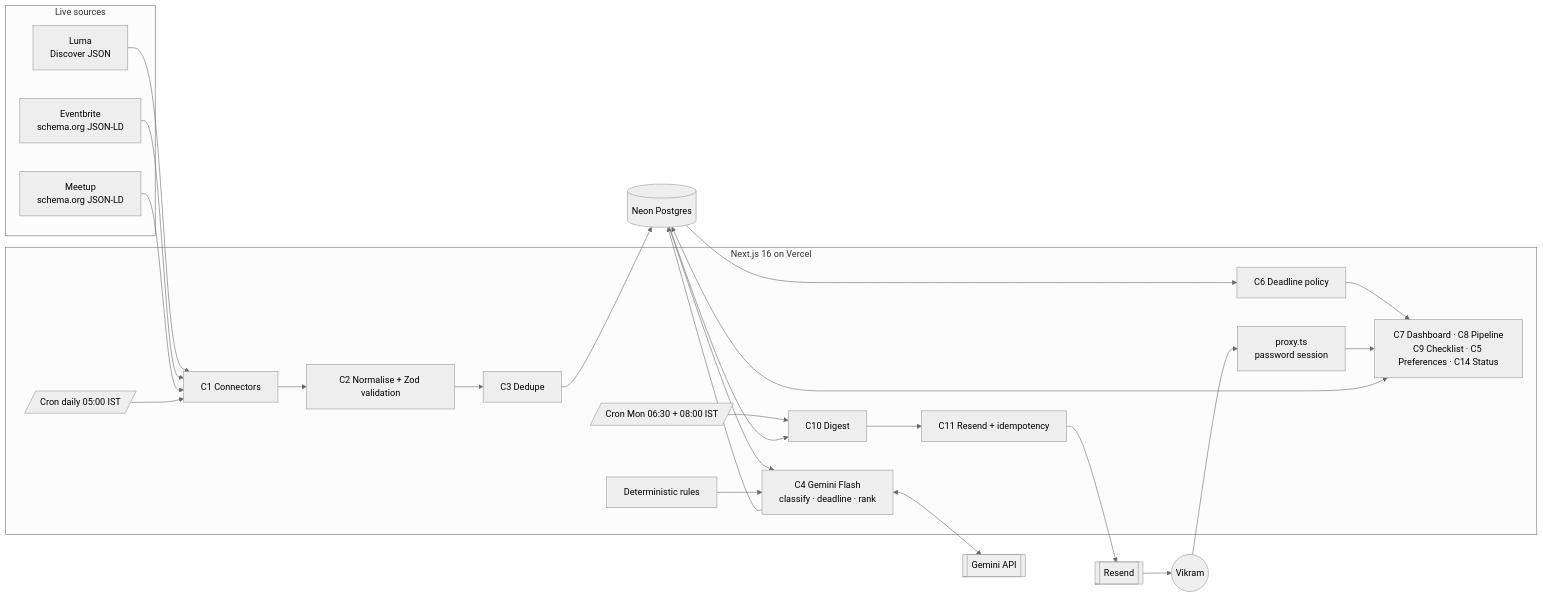
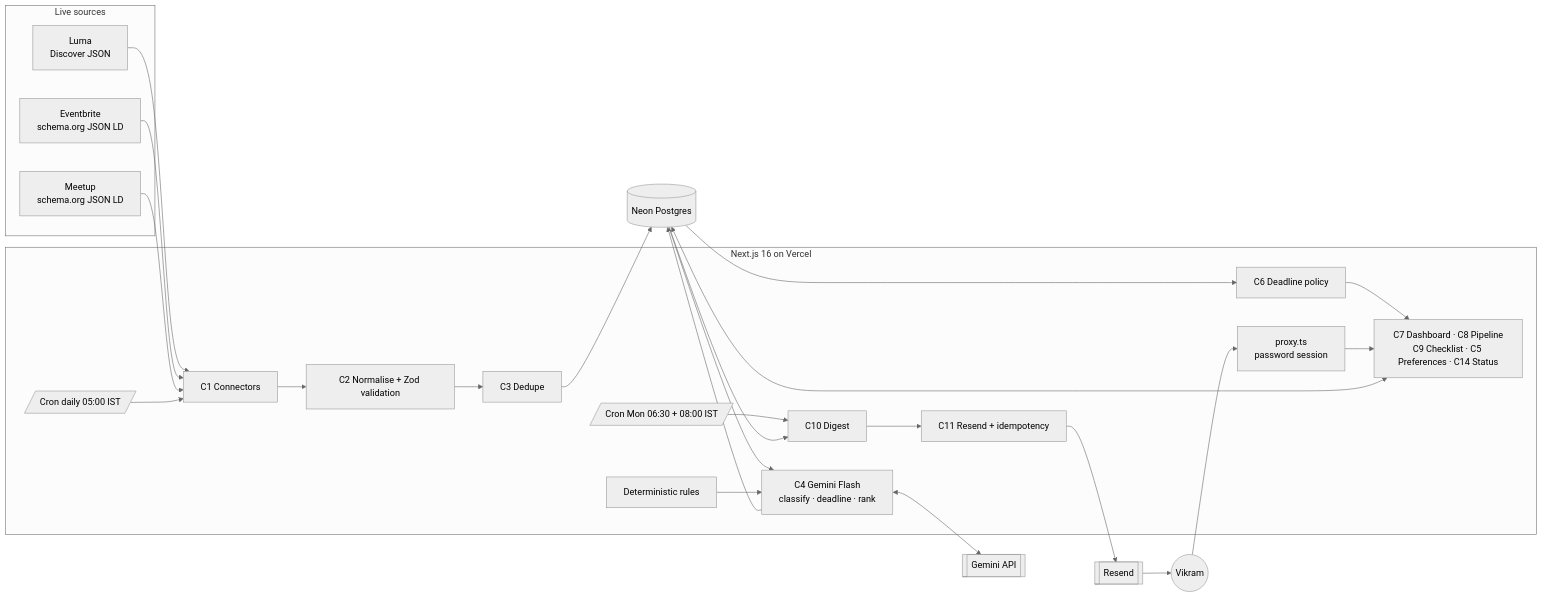
The diagram in docs/COMPONENTS_MAP.md (vyombhatnagar-lgtm/event-scout), drawn with Mermaid (neutral theme) before and after one commit. The commit also changed other lines of this file and 67 other files, not shown here.

````diff
--- a/docs/COMPONENTS_MAP.md
+++ b/docs/COMPONENTS_MAP.md
@@ -64,38 +64,38 @@
 ```mermaid
 flowchart LR
   subgraph Sources["Live sources"]
     L[Luma<br/>Discover JSON]
-    EB[Eventbrite<br/>schema.org JSON-LD]
-    MU[Meetup<br/>schema.org JSON-LD]
+    EB[Eventbrite<br/>schema.org JSON LD]
+    MU[Meetup<br/>schema.org JSON LD]
   end
 
   subgraph App["Next.js 16 on Vercel"]
     CR1[/Cron daily 05:00 IST/]
     CR2[/Cron Mon 06:30 + 08:00 IST/]
     C1[C1 Connectors]
     C2[C2 Normalise + Zod validation]
     C3[C3 Dedupe]
     C4[C4 Gemini Flash<br/>classify · deadline · rank]
     R[Deterministic rules]
     C6[C6 Deadline policy]
     C10[C10 Digest]
     C11[C11 Resend + idempotency]
     UI[C7 Dashboard · C8 Pipeline<br/>C9 Checklist · C5 Preferences · C14 Status]
     PX[proxy.ts<br/>password session]
   end
 
   DB[(Neon Postgres)]
   GEM[[Gemini API]]
   RES[[Resend]]
   V((Vikram))
 
   L & EB & MU --> C1
   CR1 --> C1 --> C2 --> C3 --> DB
   DB --> C4 <--> GEM
   R --> C4
   C4 --> DB
   DB --> C6 --> UI
   CR2 --> C10 --> C11 --> RES --> V
   DB --> C10
   V --> PX --> UI <--> DB
 ```
````
